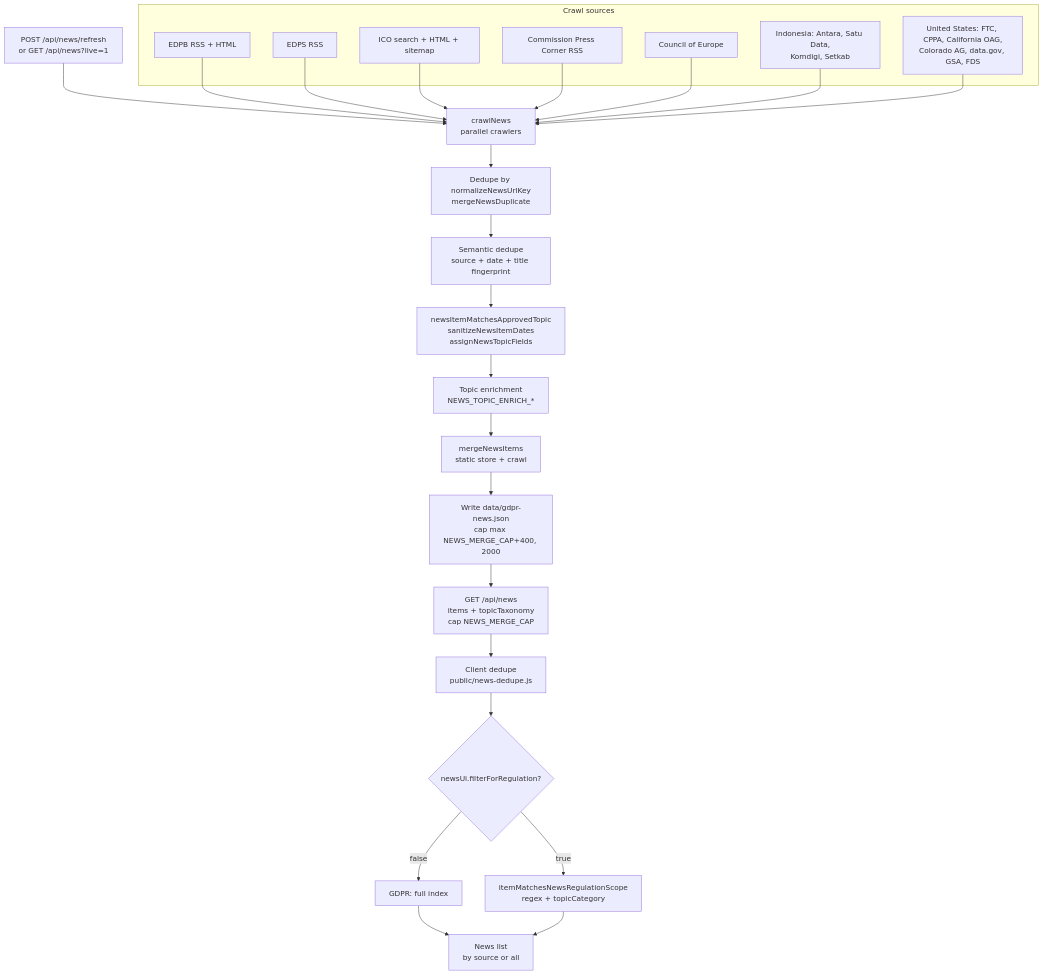
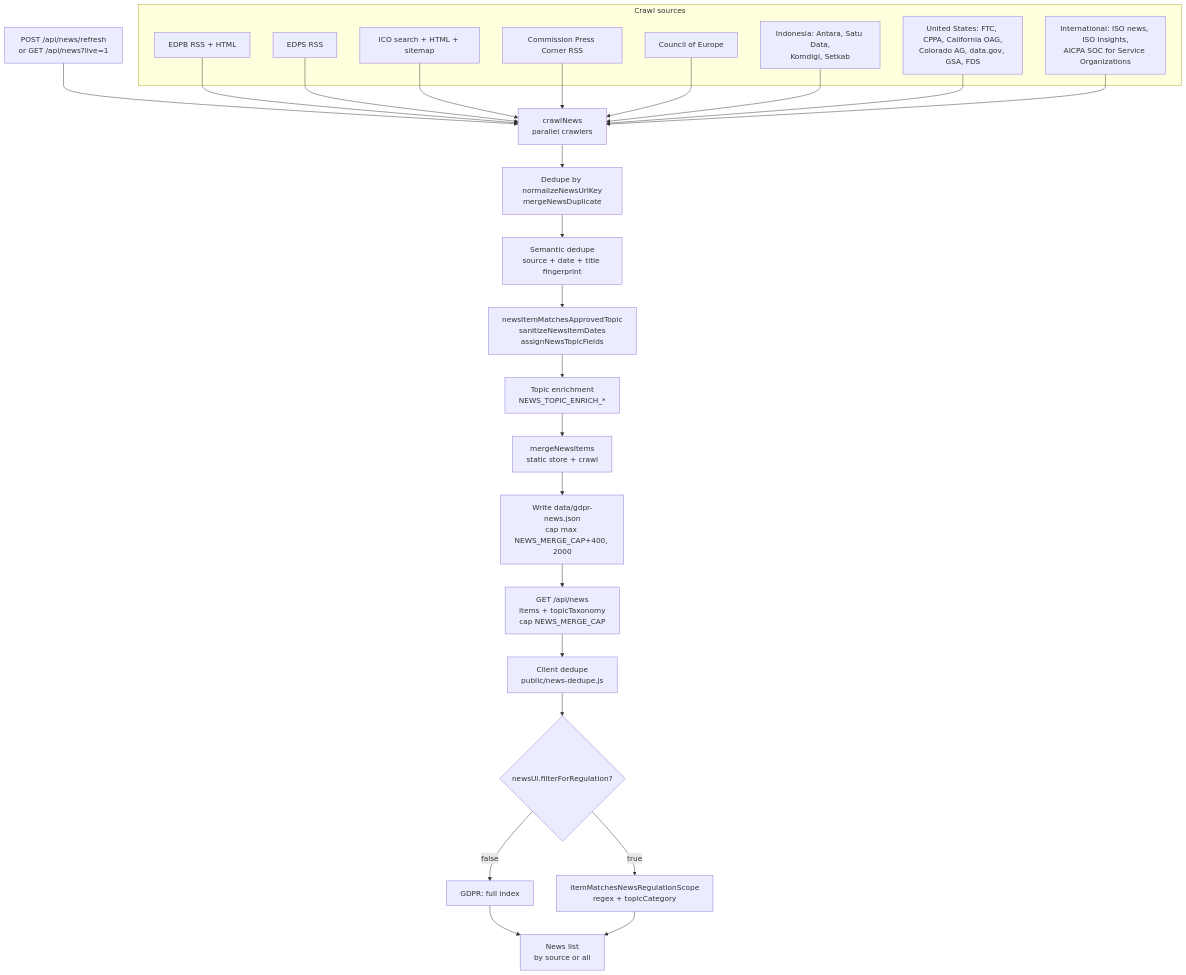
Before and after one commit to RifqiMT/gdpr-qa-platform: the fifth of 6 diagrams in docs/VARIABLES.md, drawn with Mermaid. The commit also changed other lines of this file and 55 other files, not shown here.

````diff
--- a/docs/VARIABLES.md
+++ b/docs/VARIABLES.md
@@ -1053,41 +1178,43 @@
 ```mermaid
 flowchart TD
   TRIG["POST /api/news/refresh<br/>or GET /api/news?live=1"]
   CRAWL["crawlNews<br/>parallel crawlers"]
 
   subgraph Sources["Crawl sources"]
     EDPB["EDPB RSS + HTML"]
     EDPS["EDPS RSS"]
     ICO["ICO search + HTML + sitemap"]
     COM["Commission Press Corner RSS"]
     COE["Council of Europe"]
     IDN["Indonesia: Antara, Satu Data,<br/>Komdigi, Setkab"]
     USN["United States: FTC, CPPA, California OAG,<br/>Colorado AG, data.gov, GSA, FDS"]
+    INTN["International: ISO news, ISO Insights,<br/>AICPA SOC for Service Organizations"]
   end
 
   URLK["Dedupe by normalizeNewsUrlKey<br/>mergeNewsDuplicate"]
   SEM["Semantic dedupe<br/>source + date + title fingerprint"]
   GATE["newsItemMatchesApprovedTopic<br/>sanitizeNewsItemDates<br/>assignNewsTopicFields"]
   ENR["Topic enrichment<br/>NEWS_TOPIC_ENRICH_*"]
   MERGE["mergeNewsItems<br/>static store + crawl"]
   STORE["Write data/gdpr-news.json<br/>cap max NEWS_MERGE_CAP+400, 2000"]
   API["GET /api/news<br/>items + topicTaxonomy<br/>cap NEWS_MERGE_CAP"]
   CLIENT["Client dedupe<br/>public/news-dedupe.js"]
   FILT{"newsUi.filterForRegulation?"}
   FULL["GDPR: full index"]
   SCOPE["itemMatchesNewsRegulationScope<br/>regex + topicCategory"]
   VIEW["News list<br/>by source or all"]
 
   TRIG --> CRAWL
   EDPB --> CRAWL
   EDPS --> CRAWL
   ICO --> CRAWL
   COM --> CRAWL
   COE --> CRAWL
   IDN --> CRAWL
   USN --> CRAWL
+  INTN --> CRAWL
   CRAWL --> URLK --> SEM --> GATE --> ENR --> MERGE --> STORE
   STORE --> API --> CLIENT --> FILT
   FILT -->|"false"| FULL --> VIEW
   FILT -->|"true"| SCOPE --> VIEW
 ```
````
